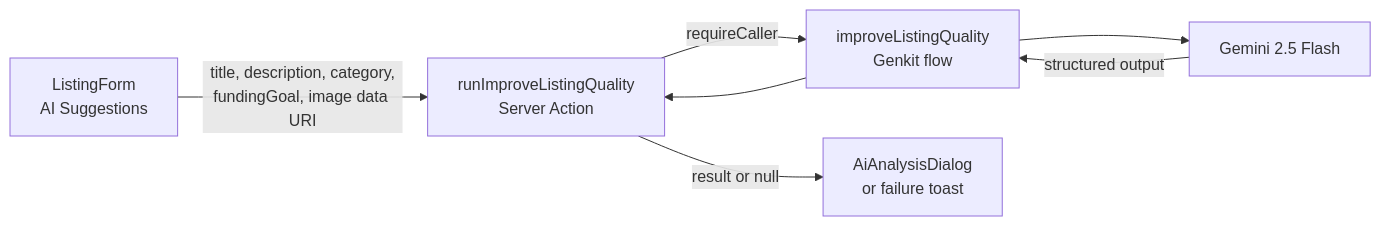
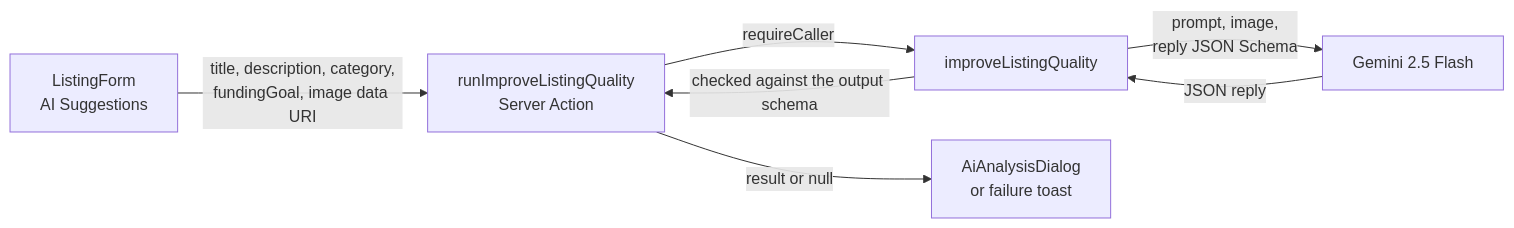
The first of 3 diagrams in docs/ai-features.md (BLKFNDRPH/blkfndrapp), drawn with Mermaid before and after one commit. The commit also changed other lines of this file and 24 other files, not shown here.

````diff
--- a/docs/ai-features.md
+++ b/docs/ai-features.md
@@ -30,9 +29,9 @@
 ```mermaid
 flowchart LR
     A[ListingForm<br/>AI Suggestions] -->|title, description, category,<br/>fundingGoal, image data URI| B[runImproveListingQuality<br/>Server Action]
-    B -->|requireCaller| C[improveListingQuality<br/>Genkit flow]
-    C --> D[Gemini 2.5 Flash]
-    D -->|structured output| C
-    C --> B
+    B -->|requireCaller| C[improveListingQuality]
+    C -->|prompt, image,<br/>reply JSON Schema| D[Gemini 2.5 Flash]
+    D -->|JSON reply| C
+    C -->|checked against the output schema| B
     B -->|result or null| E[AiAnalysisDialog<br/>or failure toast]
 ```
````
